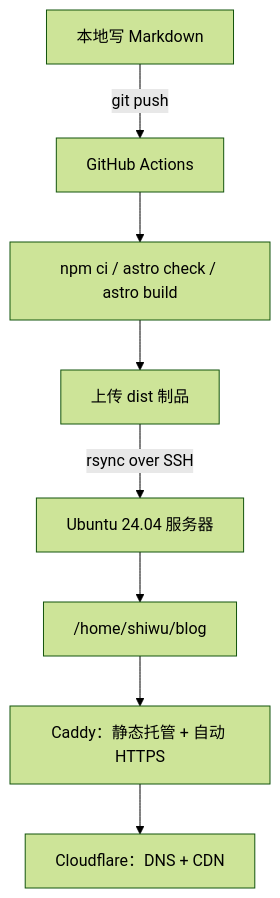
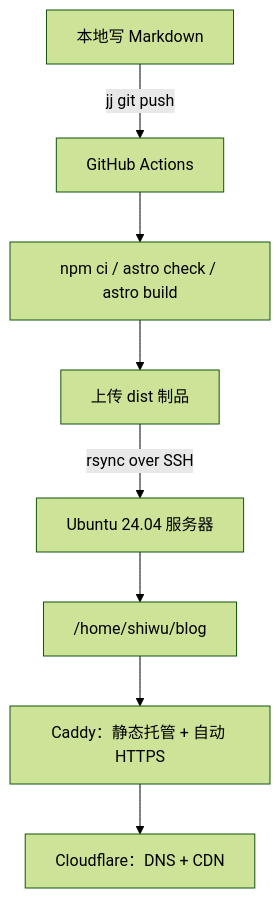
One commit to shiwu84/blog changed the first of 2 diagrams in src/content/blog/deploy-blog-with-ai.md. Above: the diagram before and after it, drawn with Mermaid (forest theme). The commit also changed other lines of this file and 1 other file, not shown here.

````diff
--- a/src/content/blog/deploy-blog-with-ai.md
+++ b/src/content/blog/deploy-blog-with-ai.md
@@ -46,10 +46,10 @@
 ```mermaid
 flowchart TD
-    A["本地写 Markdown"] -->|git push| B["GitHub Actions"]
+    A["本地写 Markdown"] -->|jj git push| B["GitHub Actions"]
     B --> C["npm ci / astro check / astro build"]
     C --> D["上传 dist 制品"]
     D -->|rsync over SSH| E["Ubuntu 24.04 服务器"]
     E --> F["/home/shiwu/blog"]
     F --> G["Caddy：静态托管 + 自动 HTTPS"]
     G --> H["Cloudflare：DNS + CDN"]
 ```
````
